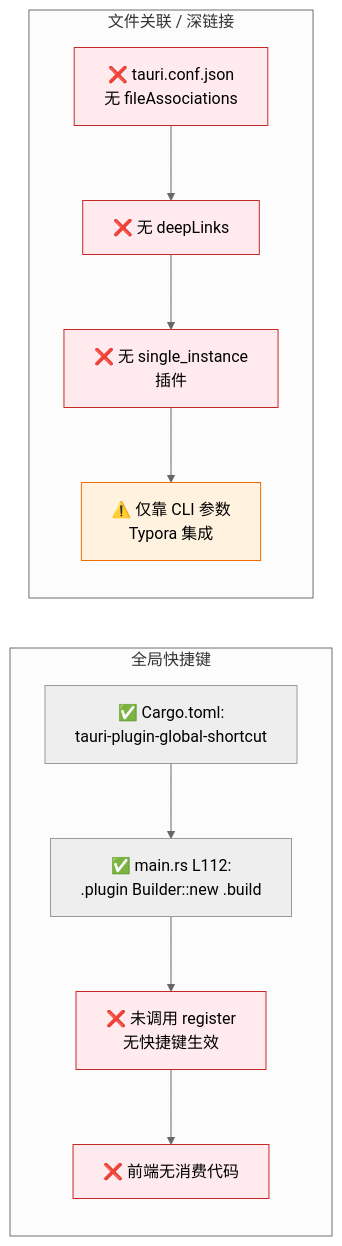
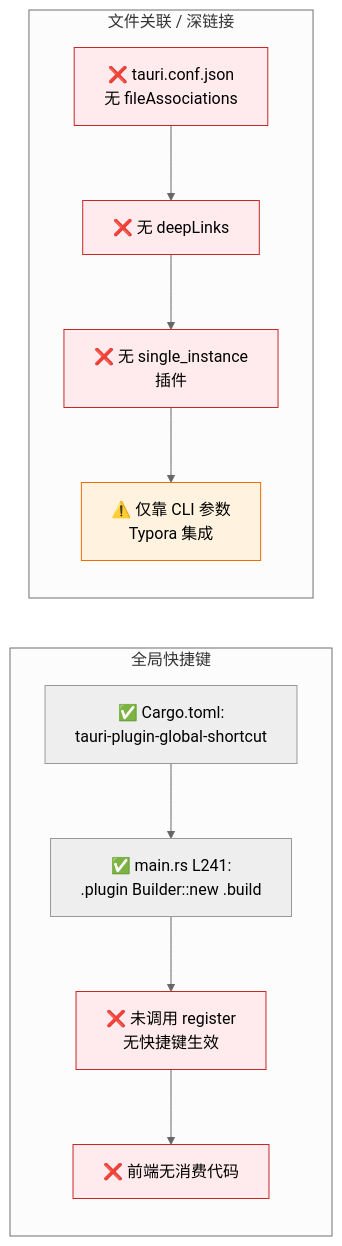
Before and after one commit to joeyliu6/PicNexus: the fourth of 4 diagrams in docs/flows/window-system-integration.md, drawn with Mermaid (neutral theme). The commit also changed other lines of this file and 7 other files, not shown here.

````diff
--- a/docs/flows/window-system-integration.md
+++ b/docs/flows/window-system-integration.md
@@ -223,26 +223,26 @@
 ```mermaid
 flowchart LR
     subgraph R1[全局快捷键]
         R1A[✅ Cargo.toml:<br/>tauri-plugin-global-shortcut]
-        R1B[✅ main.rs L112:<br/>.plugin Builder::new .build]
+        R1B[✅ main.rs L241:<br/>.plugin Builder::new .build]
         R1C[❌ 未调用 register<br/>无快捷键生效]
         R1D[❌ 前端无消费代码]
     end
 
     subgraph R2[文件关联 / 深链接]
         R2A[❌ tauri.conf.json<br/>无 fileAssociations]
         R2B[❌ 无 deepLinks]
         R2C[❌ 无 single_instance<br/>插件]
         R2D[⚠️ 仅靠 CLI 参数<br/>Typora 集成]
     end
 
     R1A --> R1B --> R1C --> R1D
     R2A --> R2B --> R2C --> R2D
 
     style R1C fill:#ffebee,stroke:#c62828
     style R1D fill:#ffebee,stroke:#c62828
     style R2A fill:#ffebee,stroke:#c62828
     style R2B fill:#ffebee,stroke:#c62828
     style R2C fill:#ffebee,stroke:#c62828
     style R2D fill:#fff3e0,stroke:#ef6c00
 ```
````
